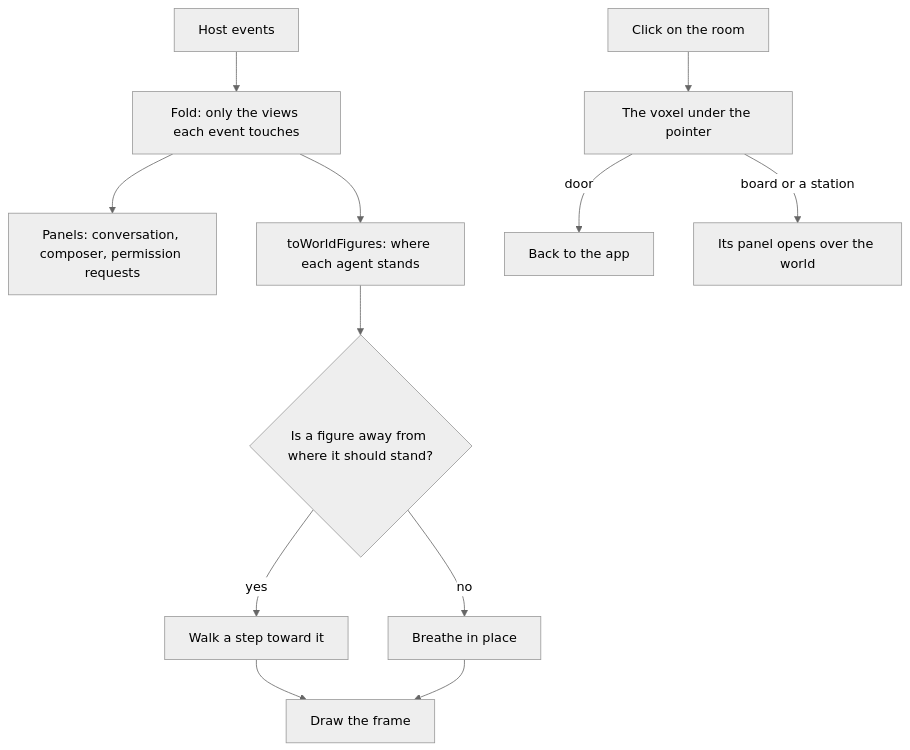
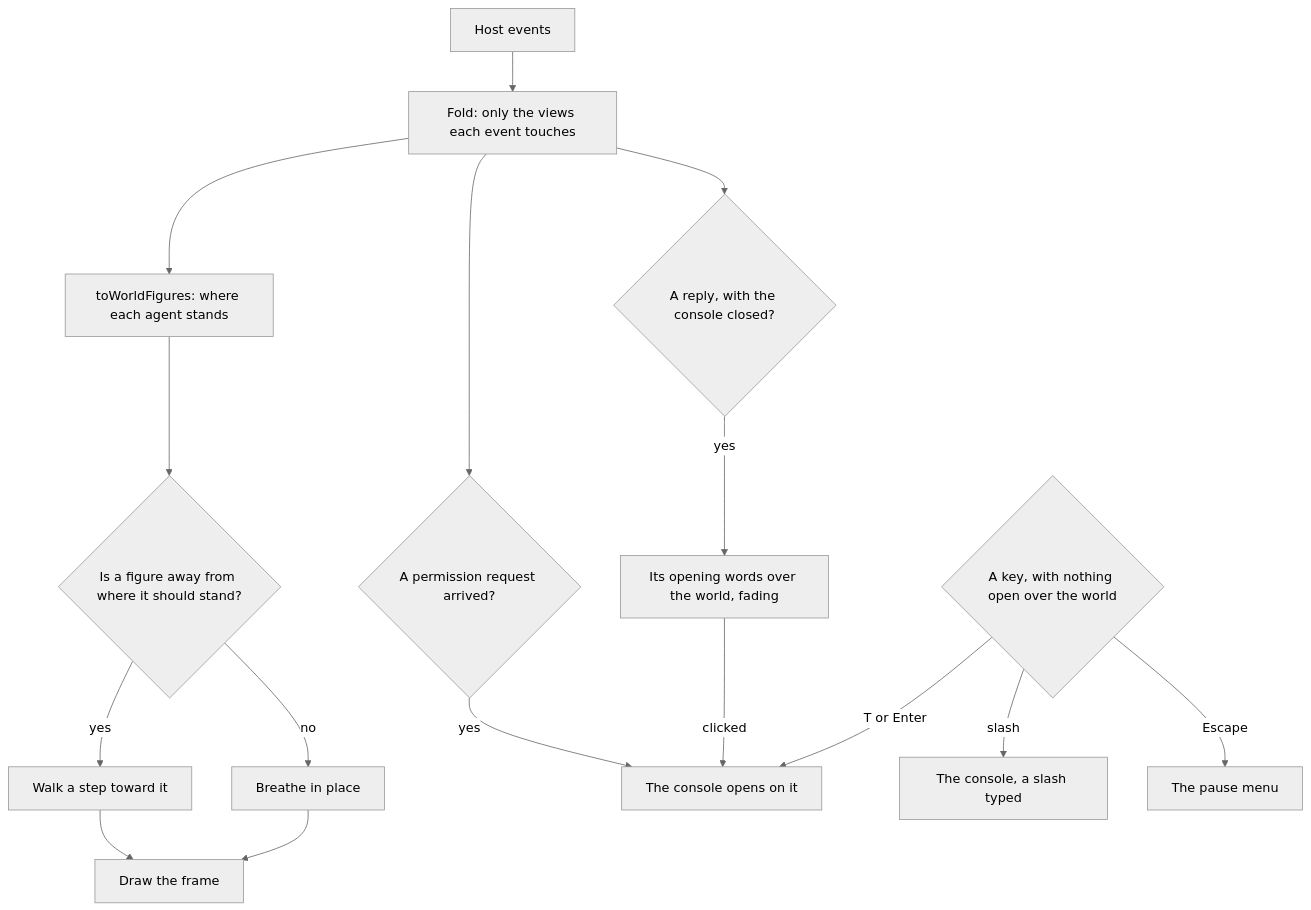
The diagram in apps/web/content/docs/infra/claude-interface/agent-console/voxel-world.md (Esposter/Esposter), drawn with Mermaid (neutral theme) before and after one commit. The commit also changed other lines of this file and 29 other files, not shown here.

First line of the commit message:
feat(agent-console): the world is the page, and the console an overlay called up over it

````diff
--- a/apps/web/content/docs/infra/claude-interface/agent-console/voxel-world.md
+++ b/apps/web/content/docs/infra/claude-interface/agent-console/voxel-world.md
@@ -12,14 +12,18 @@
 ```mermaid
 flowchart TD
   H[Host events] --> F[Fold: only the views each event touches]
-  F --> P[Panels: conversation, composer, permission requests]
   F --> M[toWorldFigures: where each agent stands]
   M --> W{Is a figure away from where it should stand?}
   W -->|yes| A[Walk a step toward it]
   W -->|no| B[Breathe in place]
   A --> R[Draw the frame]
   B --> R
-  C[Click on the room] --> V[The voxel under the pointer]
-  V -->|door| L[Back to the app]
-  V -->|board or a station| O[Its panel opens over the world]
+  F --> Q{A permission request arrived?}
+  Q -->|yes| C[The console opens on it]
+  F --> N{A reply, with the console closed?}
+  N -->|yes| L[Its opening words over the world, fading]
+  K{A key, with nothing open over the world} -->|T or Enter| C
+  K -->|slash| S[The console, a slash typed]
+  K -->|Escape| P[The pause menu]
+  L -->|clicked| C
 ```
````
